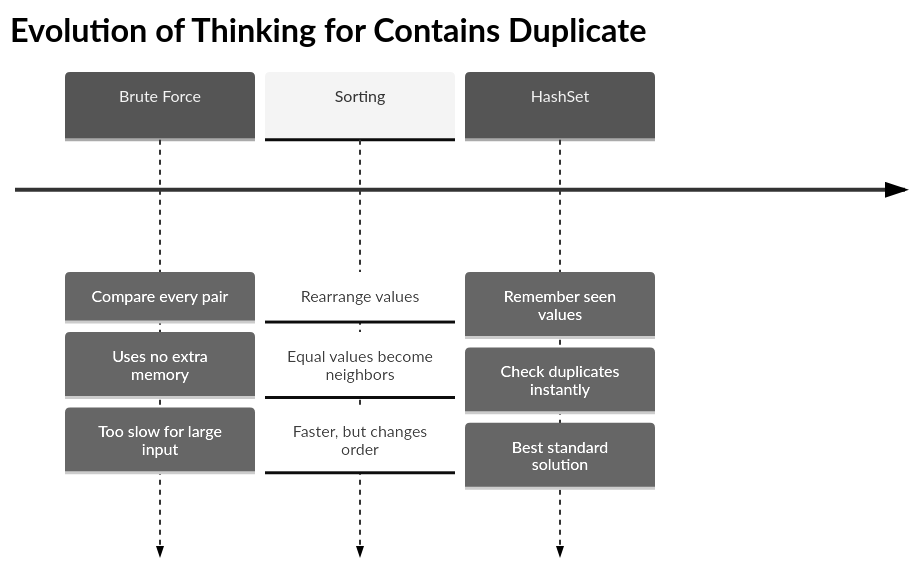
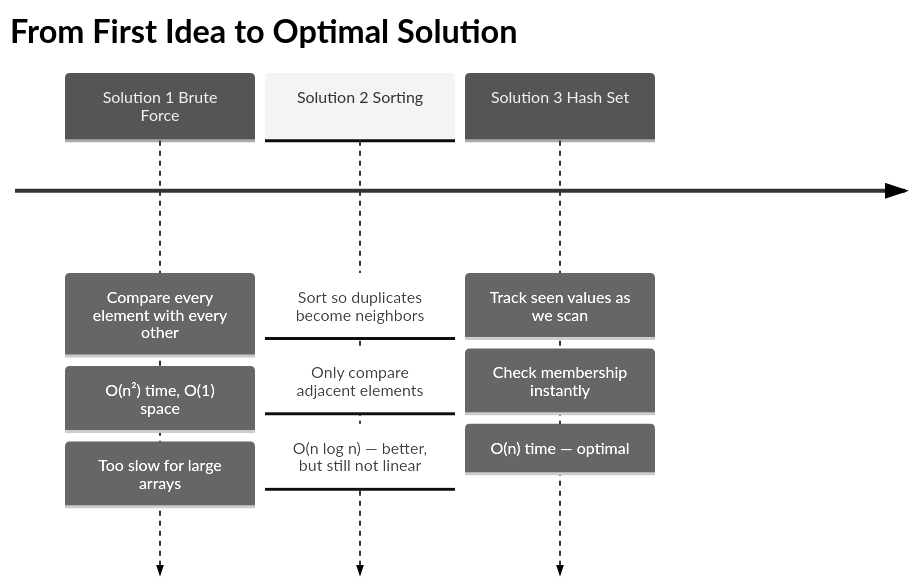
The fourth of 13 diagrams in 02 - Contains Duplicate/README.md (M-F-Tushar/LeetCode-Problem-Solving), drawn with Mermaid (neutral theme) before and after one commit. The commit also changed other lines of this file, not shown here.

````diff
--- a/02 - Contains Duplicate/README.md
+++ b/02 - Contains Duplicate/README.md
@@ -71,19 +82,19 @@
 ```mermaid
 timeline
-    title Evolution of Thinking for Contains Duplicate
+    title From First Idea to Optimal Solution
 
-    Brute Force
-        : Compare every pair
-        : Uses no extra memory
-        : Too slow for large input
+    Solution 1 Brute Force
+        : Compare every element with every other
+        : O(n²) time, O(1) space
+        : Too slow for large arrays
 
-    Sorting
-        : Rearrange values
-        : Equal values become neighbors
-        : Faster, but changes order
+    Solution 2 Sorting
+        : Sort so duplicates become neighbors
+        : Only compare adjacent elements
+        : O(n log n) — better, but still not linear
 
-    HashSet
-        : Remember seen values
-        : Check duplicates instantly
-        : Best standard solution
+    Solution 3 Hash Set
+        : Track seen values as we scan
+        : Check membership instantly
+        : O(n) time — optimal
 ```
````
